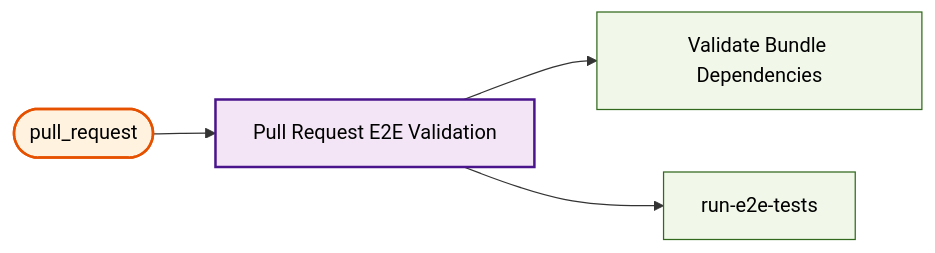
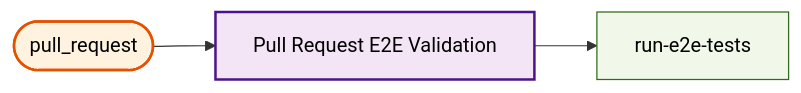
One commit to US-Trustee-Program/Bankruptcy-Oversight-Support-Systems changed the sixth of 26 diagrams in docs/operations/workflow-diagram.md. Above: the diagram before and after it, drawn with Mermaid. The commit also changed other lines of this file and 5 other files, not shown here.

First line of the commit message:
Run bundle-dependency check as a CD job

````diff
--- a/docs/operations/workflow-diagram.md
+++ b/docs/operations/workflow-diagram.md
@@ -85,21 +85,18 @@
 ```mermaid
 flowchart LR
     trigger_pull_request(["pull_request"])
     pr_validation_yml["Pull Request E2E Validation"]
-    pr_validation_yml_validate_bundle_dependencies["Validate Bundle Dependencies"]
     pr_validation_yml_run_e2e_tests["run-e2e-tests"]
 
     trigger_pull_request --> pr_validation_yml
-    pr_validation_yml --> pr_validation_yml_validate_bundle_dependencies
     pr_validation_yml --> pr_validation_yml_run_e2e_tests
 
     classDef reusable fill:#e1f5fe,stroke:#01579b,stroke-width:2px,color:#000000
     classDef mainWorkflow fill:#f3e5f5,stroke:#4a148c,stroke-width:2px,color:#000000
     classDef trigger fill:#fff3e0,stroke:#e65100,stroke-width:2px,color:#000000
     classDef job fill:#f1f8e9,stroke:#33691e,stroke-width:1px,color:#000000
 
     class trigger_pull_request trigger
     class pr_validation_yml mainWorkflow
-    class pr_validation_yml_validate_bundle_dependencies job
     class pr_validation_yml_run_e2e_tests job
 ```
````
